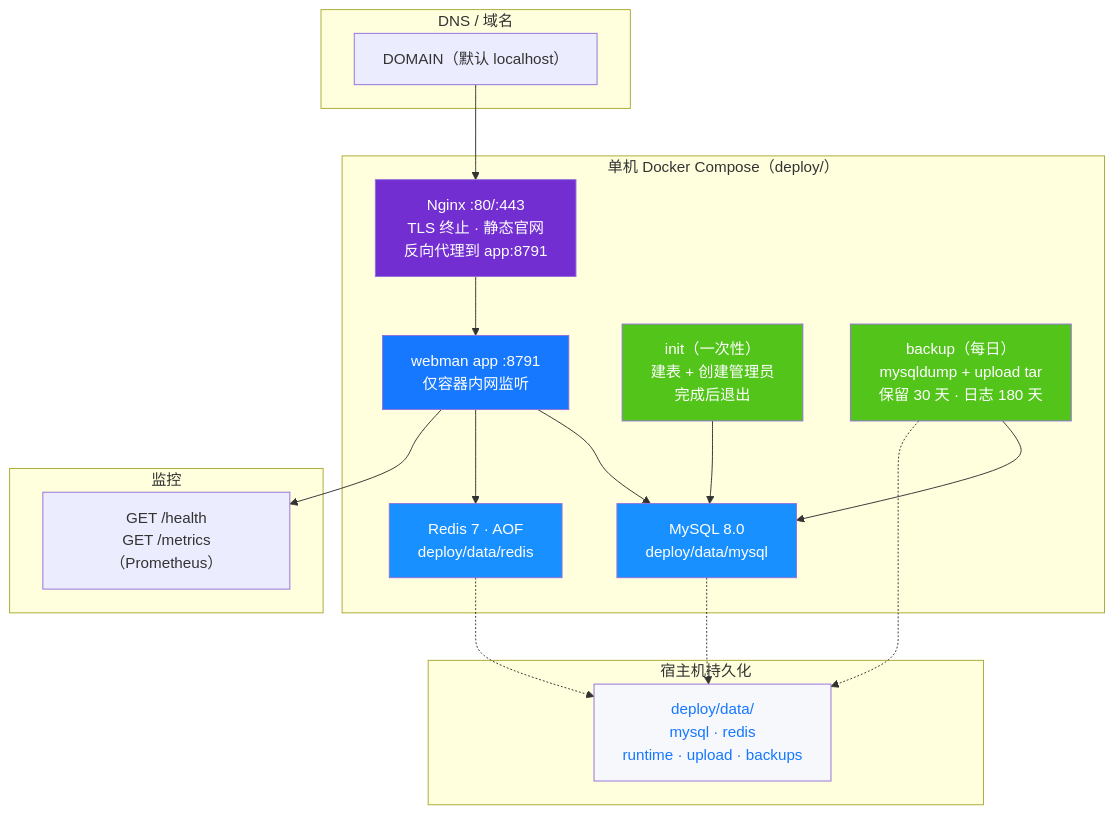
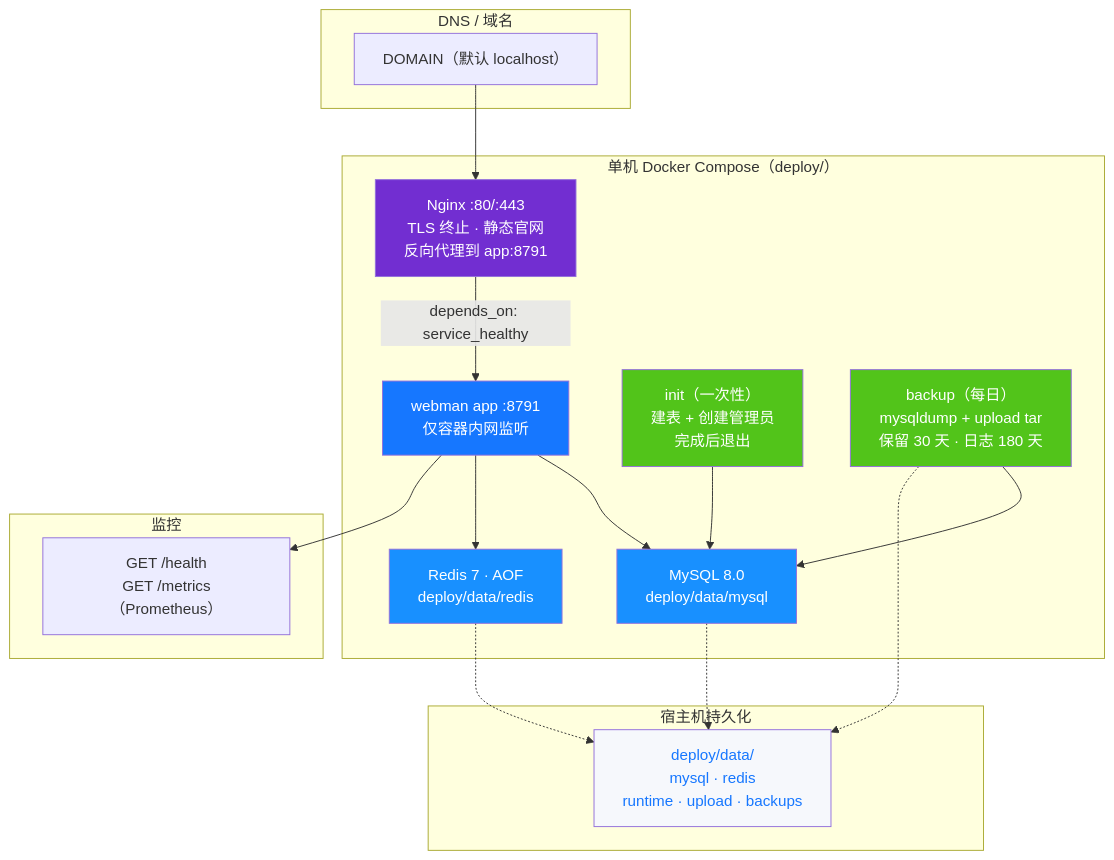
One commit to erikwang2013/open-admin changed diagram 14 of 14 in docs/ARCHITECTURE.md. Above: the diagram before and after it, drawn with Mermaid. The commit also changed other lines of this file and 62 other files, not shown here.

````diff
--- a/docs/ARCHITECTURE.md
+++ b/docs/ARCHITECTURE.md
@@ -641,42 +657,42 @@
 ```mermaid
 flowchart TB
     subgraph "DNS / 域名"
         DNS["DOMAIN（默认 localhost）"]
     end
 
     subgraph "单机 Docker Compose（deploy/）"
         NGX["Nginx :80/:443<br/>TLS 终止 · 静态官网<br/>反向代理到 app:8791"]
         WM["webman app :8791<br/>仅容器内网监听"]
         INIT["init（一次性）<br/>建表 + 创建管理员<br/>完成后退出"]
         MYSQL["MySQL 8.0<br/>deploy/data/mysql"]
         REDIS["Redis 7 · AOF<br/>deploy/data/redis"]
         BACKUP["backup（每日）<br/>mysqldump + upload tar<br/>保留 30 天 · 日志 180 天"]
     end
 
     subgraph "宿主机持久化"
         DATA["deploy/data/<br/>mysql · redis<br/>runtime · upload · backups"]
     end
 
     subgraph "监控"
         MON["GET /health<br/>GET /metrics（Prometheus）"]
     end
 
     DNS --> NGX
-    NGX --> WM
+    NGX -->|"depends_on: service_healthy"| WM
     WM --> MYSQL
     WM --> REDIS
     INIT --> MYSQL
     BACKUP --> MYSQL
     MYSQL -.-> DATA
     REDIS -.-> DATA
     BACKUP -.-> DATA
     WM --> MON
 
     style NGX fill:#722ED1,color:#fff
     style WM fill:#1677FF,color:#fff
     style INIT fill:#52C41A,color:#fff
     style MYSQL fill:#1890FF,color:#fff
     style REDIS fill:#1890FF,color:#fff
     style BACKUP fill:#52C41A,color:#fff
     style DATA fill:#F6F8FC,color:#1677FF
 ```
````
